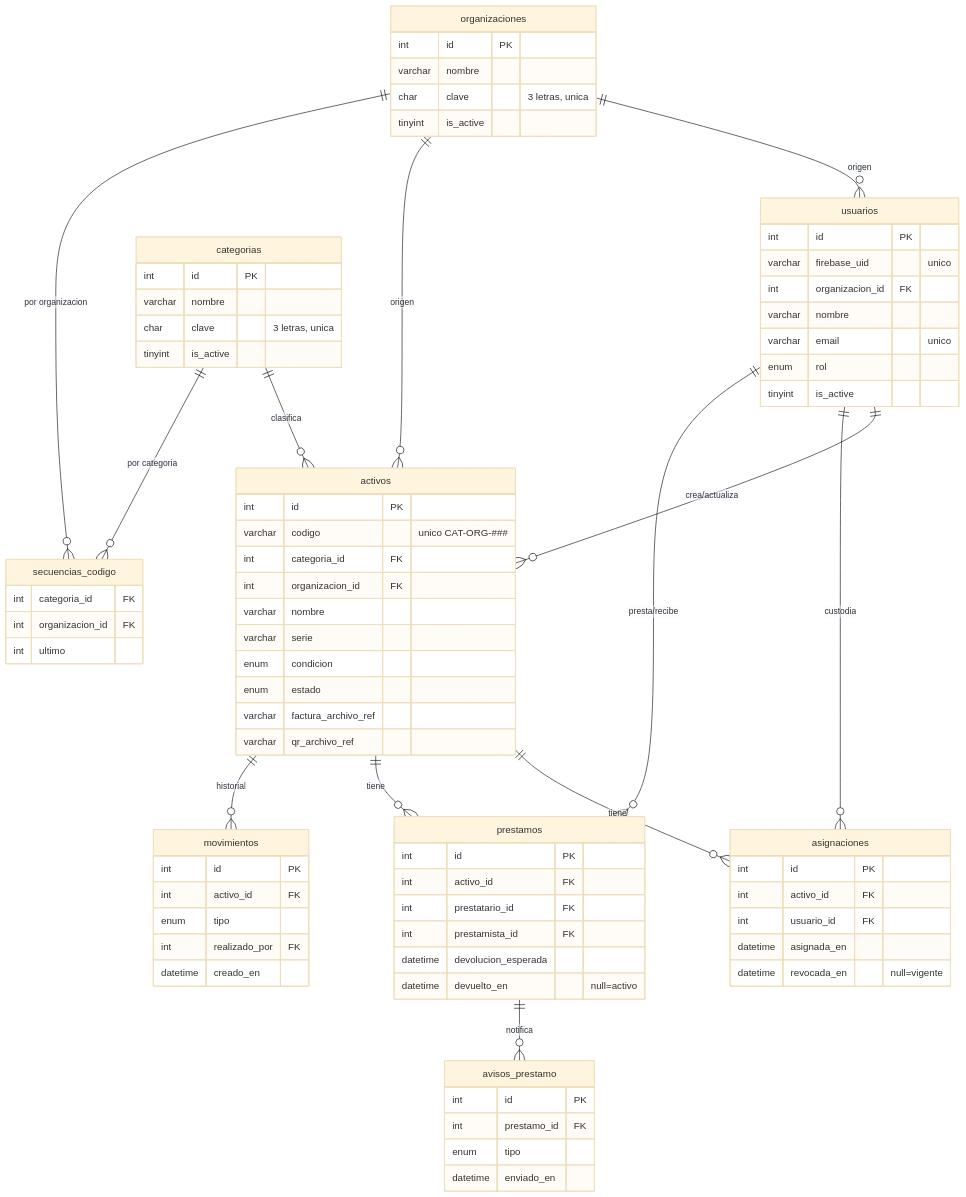
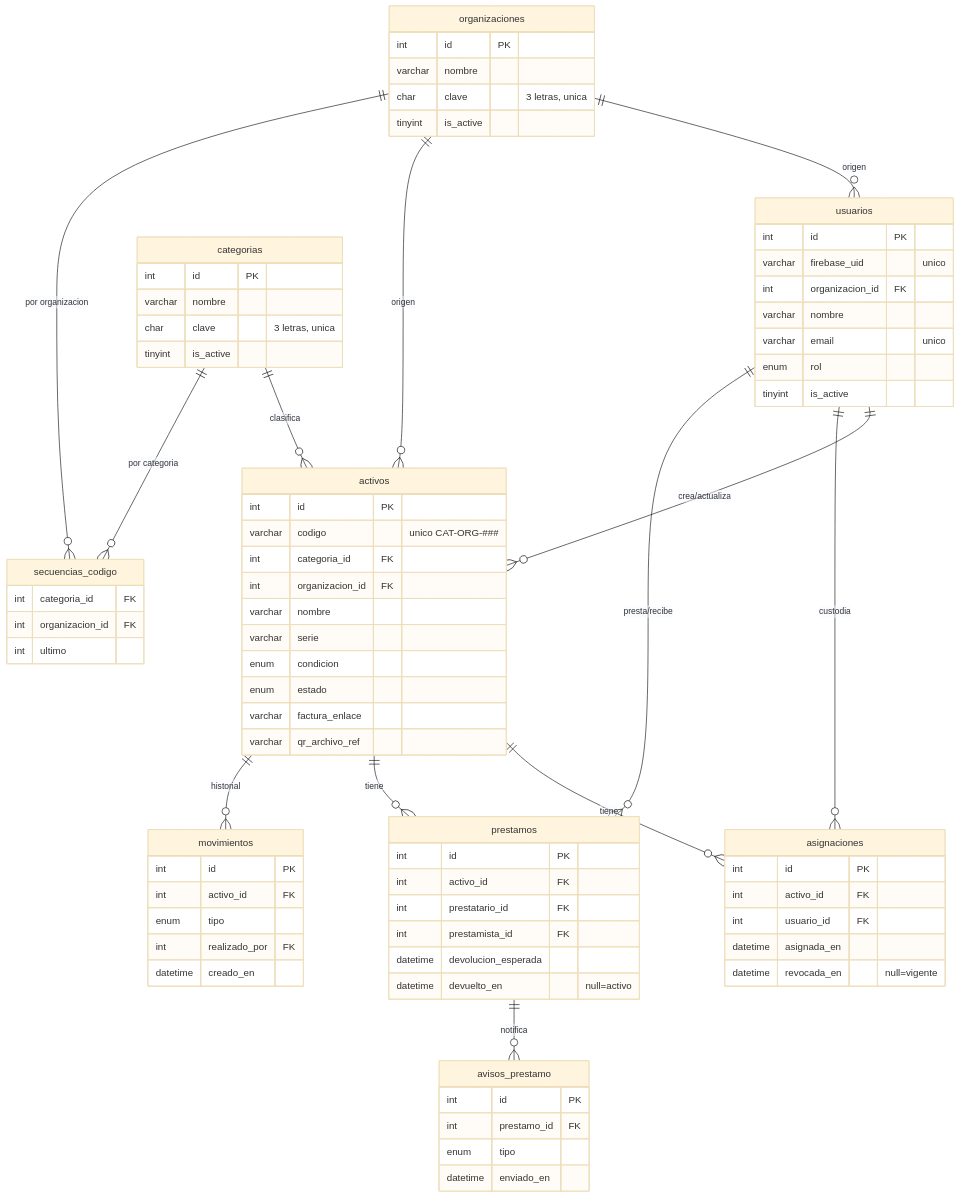
One commit to dagargon89/SiRe changed the diagram in SiRe_documentacion/03-datos/03_modelo_de_datos.md. Above: the diagram before and after it, drawn with Mermaid (base theme). The commit also changed other lines of this file and 24 other files, not shown here.

First line of the commit message:
Factura del activo como enlace de Google Drive

````diff
--- a/SiRe_documentacion/03-datos/03_modelo_de_datos.md
+++ b/SiRe_documentacion/03-datos/03_modelo_de_datos.md
@@ -15,82 +15,82 @@
 ```mermaid
 erDiagram
     organizaciones ||--o{ usuarios : "origen"
     organizaciones ||--o{ activos : "origen"
     categorias ||--o{ activos : "clasifica"
     categorias ||--o{ secuencias_codigo : "por categoria"
     organizaciones ||--o{ secuencias_codigo : "por organizacion"
     usuarios ||--o{ activos : "crea/actualiza"
     activos ||--o{ asignaciones : "tiene"
     usuarios ||--o{ asignaciones : "custodia"
     activos ||--o{ prestamos : "tiene"
     usuarios ||--o{ prestamos : "presta/recibe"
     activos ||--o{ movimientos : "historial"
     prestamos ||--o{ avisos_prestamo : "notifica"
 
     organizaciones {
         int id PK
         varchar nombre
         char clave "3 letras, unica"
         tinyint is_active
     }
     categorias {
         int id PK
         varchar nombre
         char clave "3 letras, unica"
         tinyint is_active
     }
     usuarios {
         int id PK
         varchar firebase_uid "unico"
         int organizacion_id FK
         varchar nombre
         varchar email "unico"
         enum rol
         tinyint is_active
     }
     activos {
         int id PK
         varchar codigo "unico CAT-ORG-###"
         int categoria_id FK
         int organizacion_id FK
         varchar nombre
         varchar serie
         enum condicion
         enum estado
-        varchar factura_archivo_ref
+        varchar factura_enlace
         varchar qr_archivo_ref
     }
     asignaciones {
         int id PK
         int activo_id FK
         int usuario_id FK
         datetime asignada_en
         datetime revocada_en "null=vigente"
     }
     prestamos {
         int id PK
         int activo_id FK
         int prestatario_id FK
         int prestamista_id FK
         datetime devolucion_esperada
         datetime devuelto_en "null=activo"
     }
     movimientos {
         int id PK
         int activo_id FK
         enum tipo
         int realizado_por FK
         datetime creado_en
     }
     secuencias_codigo {
         int categoria_id FK
         int organizacion_id FK
         int ultimo
     }
     avisos_prestamo {
         int id PK
         int prestamo_id FK
         enum tipo
         datetime enviado_en
     }
 ```
````
